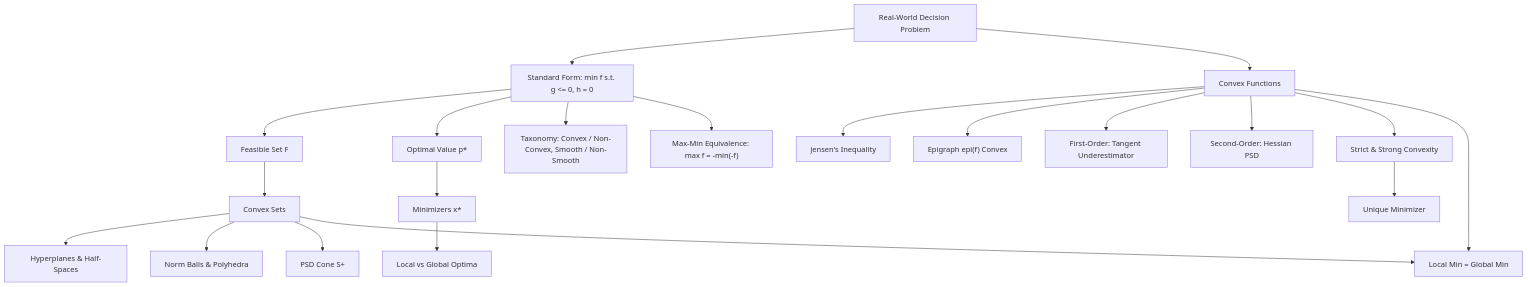
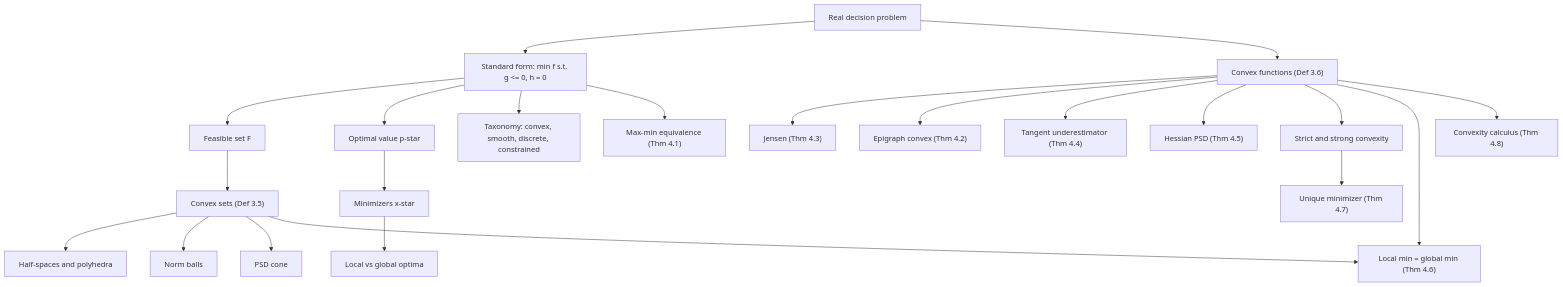
The diagram in optimization/01_problem_formulation_and_convexity/README.md (hien078/applied-mathematics-foundation), drawn with Mermaid before and after one commit. The commit also changed other lines of this file and 150 other files, not shown here.

````diff
--- a/optimization/01_problem_formulation_and_convexity/README.md
+++ b/optimization/01_problem_formulation_and_convexity/README.md
@@ -28,23 +53,24 @@
 ```mermaid
 graph TD
-    A["Real-World Decision Problem"] --> B["Standard Form: min f s.t. g <= 0, h = 0"]
-    B --> C["Feasible Set F"]
-    B --> D["Optimal Value p*"]
-    D --> E["Minimizers x*"]
-    E --> F["Local vs Global Optima"]
-    B --> G["Taxonomy: Convex / Non-Convex, Smooth / Non-Smooth"]
-    B --> H["Max-Min Equivalence: max f = -min(-f)"]
-    C --> I["Convex Sets"]
-    I --> J["Hyperplanes & Half-Spaces"]
-    I --> K["Norm Balls & Polyhedra"]
-    I --> L["PSD Cone S+"]
-    A --> M["Convex Functions"]
-    M --> N["Jensen's Inequality"]
-    M --> O["Epigraph epi(f) Convex"]
-    M --> P["First-Order: Tangent Underestimator"]
-    M --> Q["Second-Order: Hessian PSD"]
-    M --> R["Strict & Strong Convexity"]
-    I --> S["Local Min = Global Min"]
+    A["Real decision problem"] --> B["Standard form: min f s.t. g <= 0, h = 0"]
+    B --> C["Feasible set F"]
+    B --> D["Optimal value p-star"]
+    D --> E["Minimizers x-star"]
+    E --> F["Local vs global optima"]
+    B --> G["Taxonomy: convex, smooth, discrete, constrained"]
+    B --> H["Max-min equivalence (Thm 4.1)"]
+    C --> I["Convex sets (Def 3.5)"]
+    I --> J["Half-spaces and polyhedra"]
+    I --> K["Norm balls"]
+    I --> L["PSD cone"]
+    A --> M["Convex functions (Def 3.6)"]
+    M --> N["Jensen (Thm 4.3)"]
+    M --> O["Epigraph convex (Thm 4.2)"]
+    M --> P["Tangent underestimator (Thm 4.4)"]
+    M --> Q["Hessian PSD (Thm 4.5)"]
+    M --> R["Strict and strong convexity"]
+    I --> S["Local min = global min (Thm 4.6)"]
     M --> S
-    R --> T["Unique Minimizer"]
+    R --> T["Unique minimizer (Thm 4.7)"]
+    M --> U["Convexity calculus (Thm 4.8)"]
 ```
````
